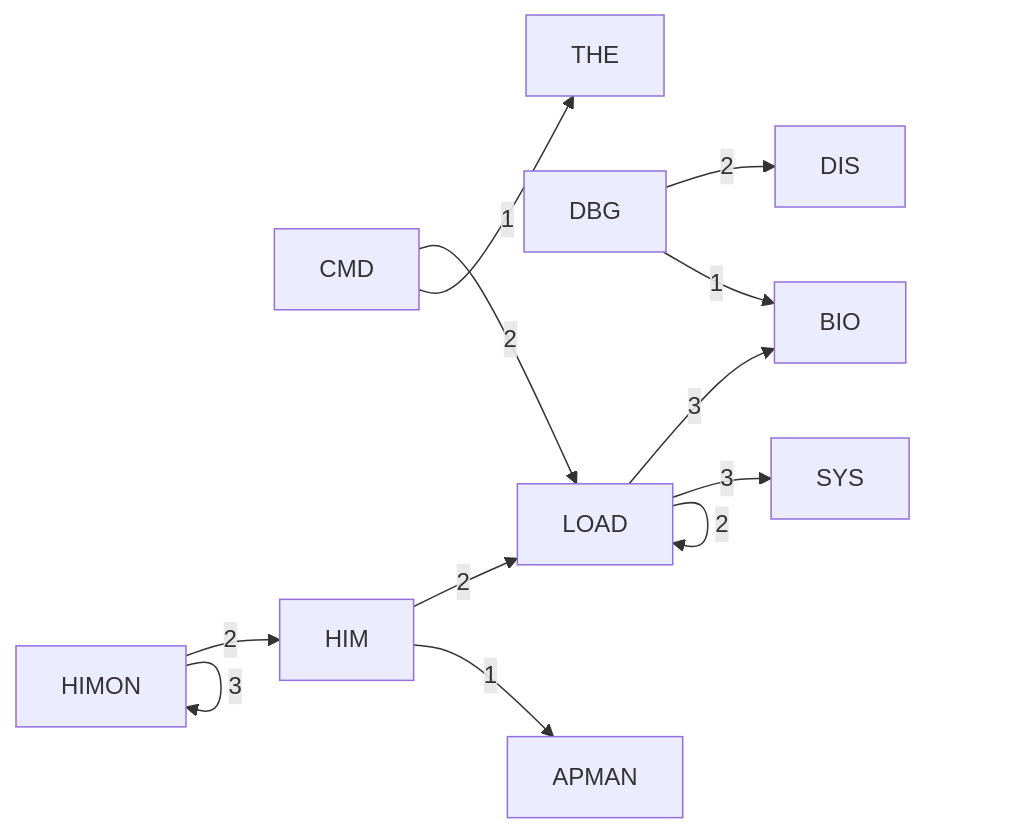
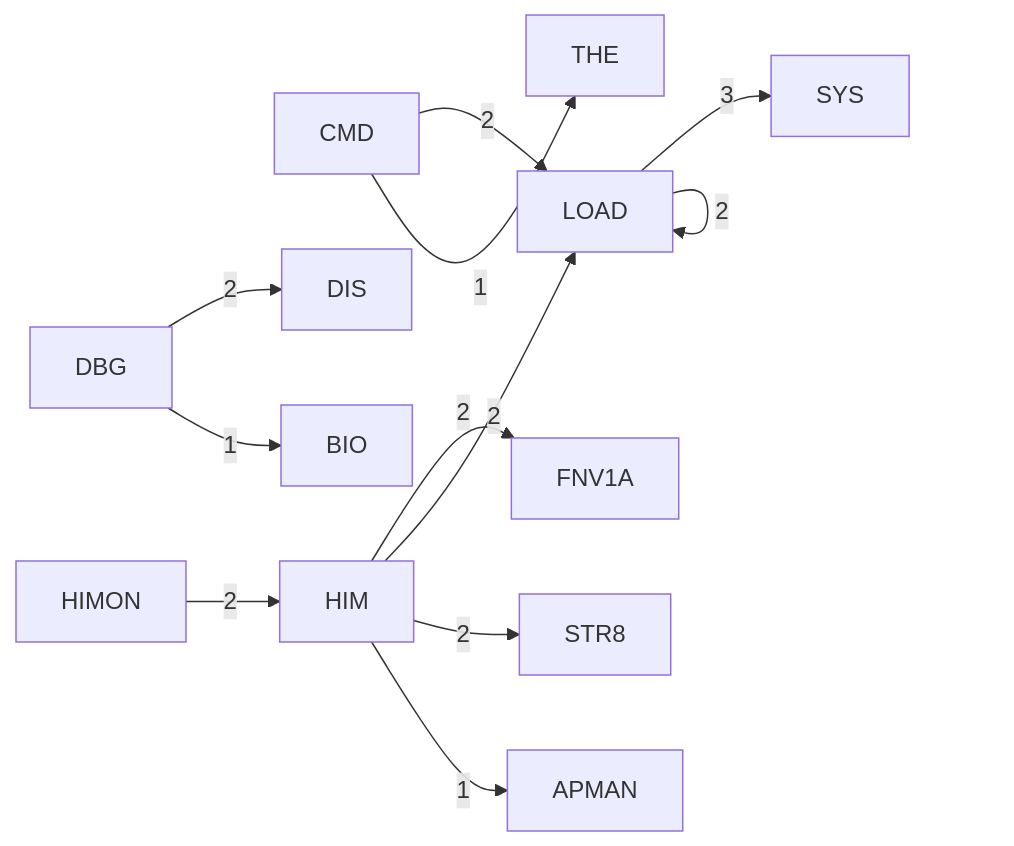
Before and after one commit to 95westus/R-YORS: the fourth of 6 diagrams in DOC/GENERATED/HIMON_SUPPORT_MAP.md, drawn with Mermaid. The commit also changed other lines of this file and 243 other files, not shown here.

````diff
--- a/DOC/GENERATED/HIMON_SUPPORT_MAP.md
+++ b/DOC/GENERATED/HIMON_SUPPORT_MAP.md
@@ -63,14 +63,14 @@
 ```mermaid
 flowchart LR
-    P_HIMON[HIMON] -->|3| P_HIMON[HIMON]
-    P_LOAD[LOAD] -->|3| P_BIO[BIO]
     P_LOAD[LOAD] -->|3| P_SYS[SYS]
     P_CMD[CMD] -->|2| P_LOAD[LOAD]
     P_DBG[DBG] -->|2| P_DIS[DIS]
+    P_HIM[HIM] -->|2| P_FNV1A[FNV1A]
     P_HIM[HIM] -->|2| P_LOAD[LOAD]
+    P_HIM[HIM] -->|2| P_STR8[STR8]
     P_HIMON[HIMON] -->|2| P_HIM[HIM]
     P_LOAD[LOAD] -->|2| P_LOAD[LOAD]
     P_CMD[CMD] -->|1| P_THE[THE]
     P_DBG[DBG] -->|1| P_BIO[BIO]
     P_HIM[HIM] -->|1| P_APMAN[APMAN]
 ```
````
